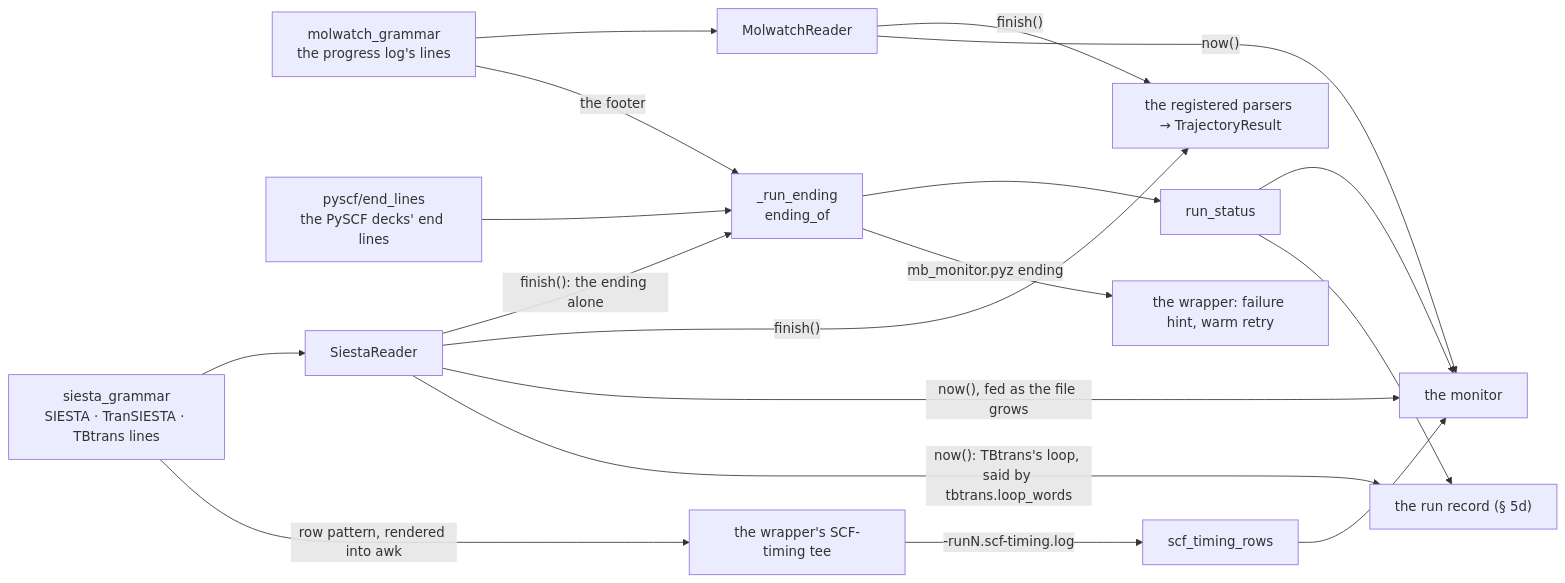
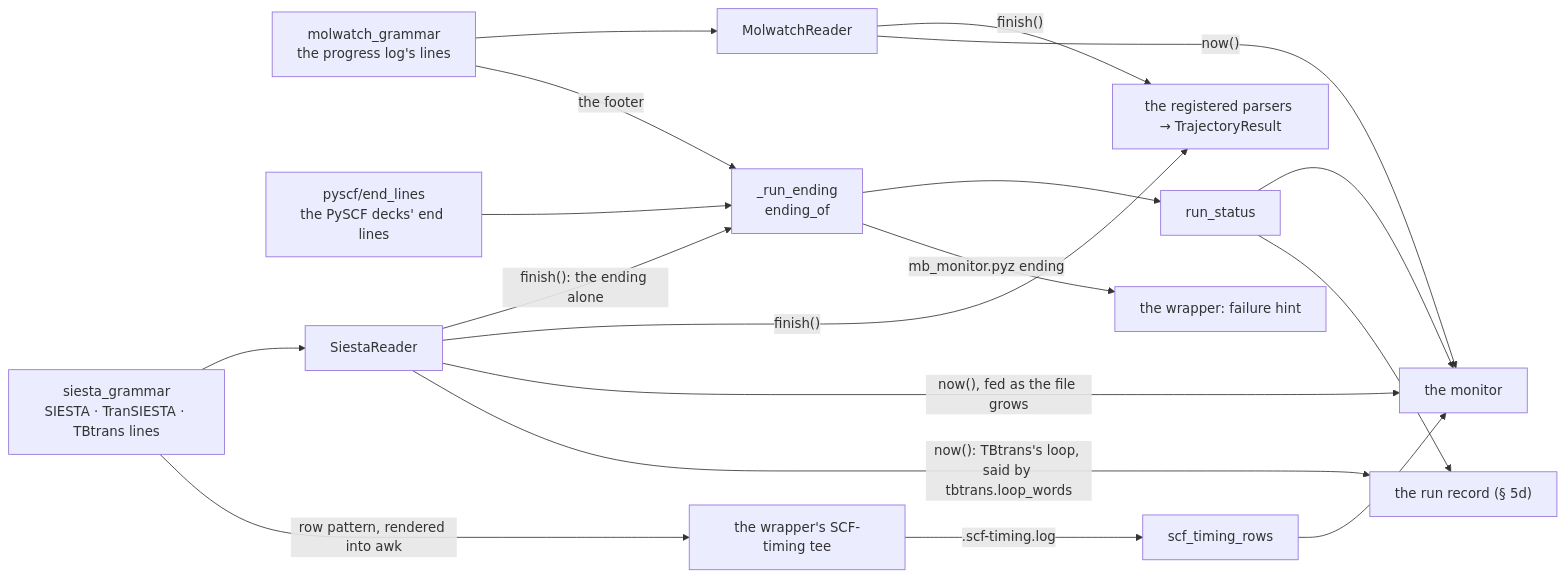
One commit to Qing-LAB/molbuilder changed the third of 5 diagrams in docs/model/parse.md. Above: the diagram before and after it, drawn with Mermaid. The commit also changed other lines of this file and 122 other files, not shown here.

First line of the commit message:
2.60.0: a run is one start — the in-place retry and the try counter removed

````diff
--- a/docs/model/parse.md
+++ b/docs/model/parse.md
@@ -632,27 +632,27 @@
 ```mermaid
 flowchart LR
     SG["siesta_grammar<br/>SIESTA · TranSIESTA · TBtrans lines"]
     MG["molwatch_grammar<br/>the progress log's lines"]
     EL["pyscf/end_lines<br/>the PySCF decks' end lines"]
     SR["SiestaReader"]
     MR["MolwatchReader"]
     RE["_run_ending<br/>ending_of"]
     TR["scf_timing_rows"]
     SG --> SR
     MG --> MR
     SR -->|"finish(): the ending alone"| RE
     MG -->|"the footer"| RE
     EL --> RE
     SG -->|"row pattern, rendered into awk"| TEE["the wrapper's SCF-timing tee"]
-    TEE -->|"-runN.scf-timing.log"| TR
+    TEE -->|"<stem>.scf-timing.log"| TR
     SR -->|"finish()"| PA["the registered parsers → TrajectoryResult"]
     MR -->|"finish()"| PA
     SR -->|"now(), fed as the file grows"| MON["the monitor"]
     SR -->|"now(): TBtrans's loop, said by tbtrans.loop_words"| REC
     MR -->|"now()"| MON
     TR --> MON
     RE --> RS["run_status"]
     RS --> MON
     RS --> REC["the run record (§ 5d)"]
-    RE -->|"mb_monitor.pyz ending"| WR["the wrapper: failure hint, warm retry"]
+    RE -->|"mb_monitor.pyz ending"| WR["the wrapper: failure hint"]
 ```
````
